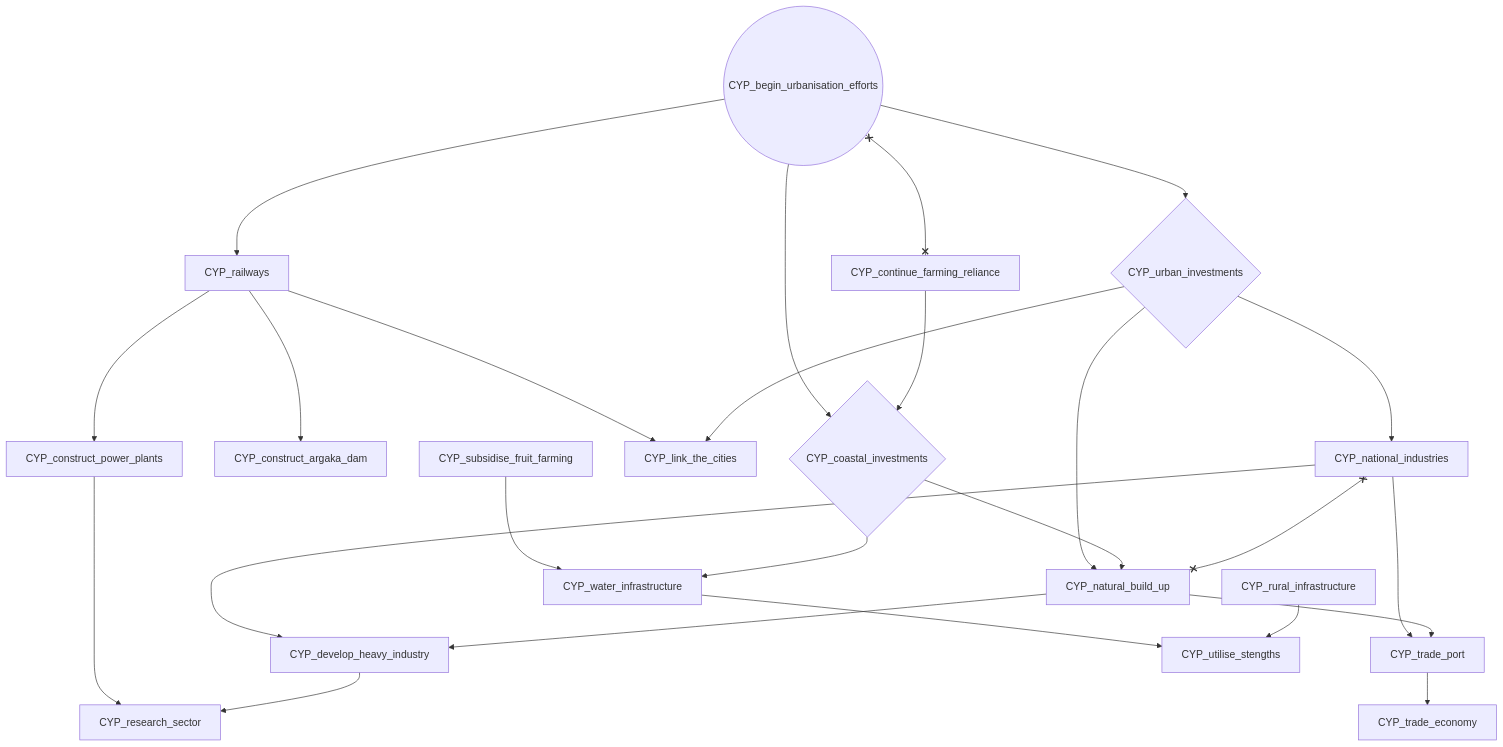
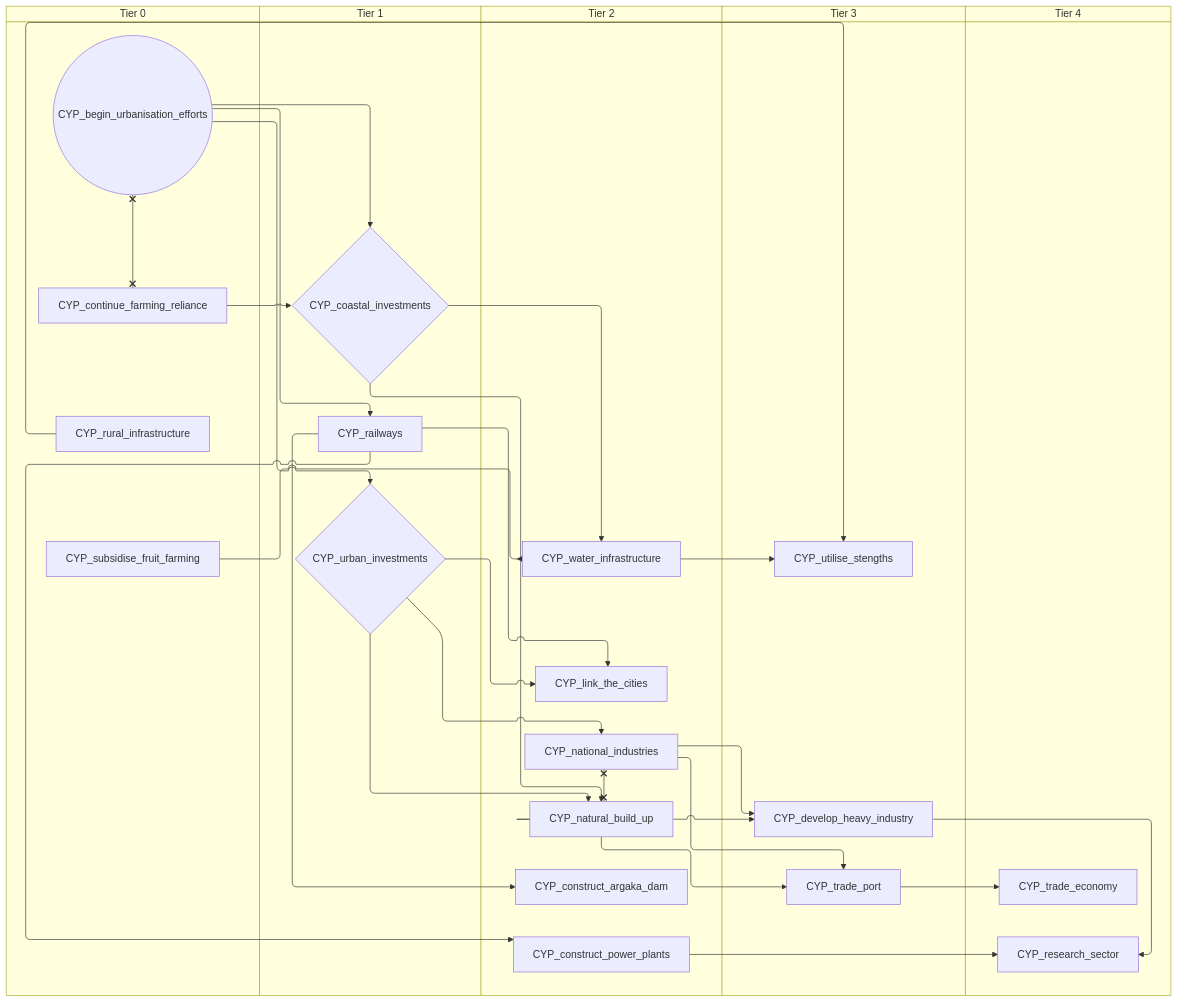
One commit to evgeny-sobol/hoi4-sandbox-mode-r56 changed the first of 5 diagrams in docs/gdd/National Focuses/r56_cyprus.md. Above: the diagram before and after it, drawn with Mermaid. The commit also changed other lines of this file and 423 other files, not shown here.

First line of the commit message:
Re-export Rt56 focus trees as swimlane diagrams

````diff
--- a/docs/gdd/National Focuses/r56_cyprus.md
+++ b/docs/gdd/National Focuses/r56_cyprus.md
@@ -3,45 +3,55 @@
 ```mermaid
-flowchart TD
-    n1(("CYP_begin_urbanisation_efforts"))
-    n2{"CYP_coastal_investments"}
-    n3["CYP_construct_argaka_dam"]
-    n4["CYP_construct_power_plants"]
-    n5["CYP_continue_farming_reliance"]
-    n6["CYP_develop_heavy_industry"]
-    n7["CYP_link_the_cities"]
-    n8["CYP_national_industries"]
-    n9["CYP_natural_build_up"]
-    n10["CYP_railways"]
-    n11["CYP_research_sector"]
-    n12["CYP_rural_infrastructure"]
-    n13["CYP_subsidise_fruit_farming"]
-    n14["CYP_trade_economy"]
-    n15["CYP_trade_port"]
-    n16{"CYP_urban_investments"}
-    n17["CYP_utilise_stengths"]
-    n18["CYP_water_infrastructure"]
-    n1 --> n2
-    n5 --> n2
-    n10 --> n3
-    n10 --> n4
-    n8 --> n6
-    n9 --> n6
-    n10 --> n7
-    n16 --> n7
-    n16 --> n8
-    n16 --> n9
-    n2 --> n9
-    n1 --> n10
-    n4 --> n11
-    n6 --> n11
-    n15 --> n14
-    n8 --> n15
-    n9 --> n15
-    n1 --> n16
-    n18 --> n17
-    n12 --> n17
-    n13 --> n18
-    n2 --> n18
-    n1 x--x n5
-    n8 x--x n9
+swimlane-beta TD
+    subgraph tier_0["Tier 0"]
+        n1(("CYP_begin_urbanisation_efforts"))
+        n2["CYP_continue_farming_reliance"]
+        n3["CYP_rural_infrastructure"]
+        n4["CYP_subsidise_fruit_farming"]
+    end
+    subgraph tier_1["Tier 1"]
+        n5{"CYP_coastal_investments"}
+        n6["CYP_railways"]
+        n7{"CYP_urban_investments"}
+    end
+    subgraph tier_2["Tier 2"]
+        n8["CYP_construct_argaka_dam"]
+        n9["CYP_construct_power_plants"]
+        n10["CYP_link_the_cities"]
+        n11["CYP_national_industries"]
+        n12["CYP_natural_build_up"]
+        n13["CYP_water_infrastructure"]
+    end
+    subgraph tier_3["Tier 3"]
+        n14["CYP_develop_heavy_industry"]
+        n15["CYP_trade_port"]
+        n16["CYP_utilise_stengths"]
+    end
+    subgraph tier_4["Tier 4"]
+        n17["CYP_research_sector"]
+        n18["CYP_trade_economy"]
+    end
+    n1 --> n5
+    n2 --> n5
+    n6 --> n8
+    n6 --> n9
+    n11 --> n14
+    n12 --> n14
+    n6 --> n10
+    n7 --> n10
+    n7 --> n11
+    n7 --> n12
+    n5 --> n12
+    n1 --> n6
+    n9 --> n17
+    n14 --> n17
+    n15 --> n18
+    n11 --> n15
+    n12 --> n15
+    n1 --> n7
+    n13 --> n16
+    n3 --> n16
+    n4 --> n13
+    n5 --> n13
+    n1 x--x n2
+    n11 x--x n12
 ```
````
